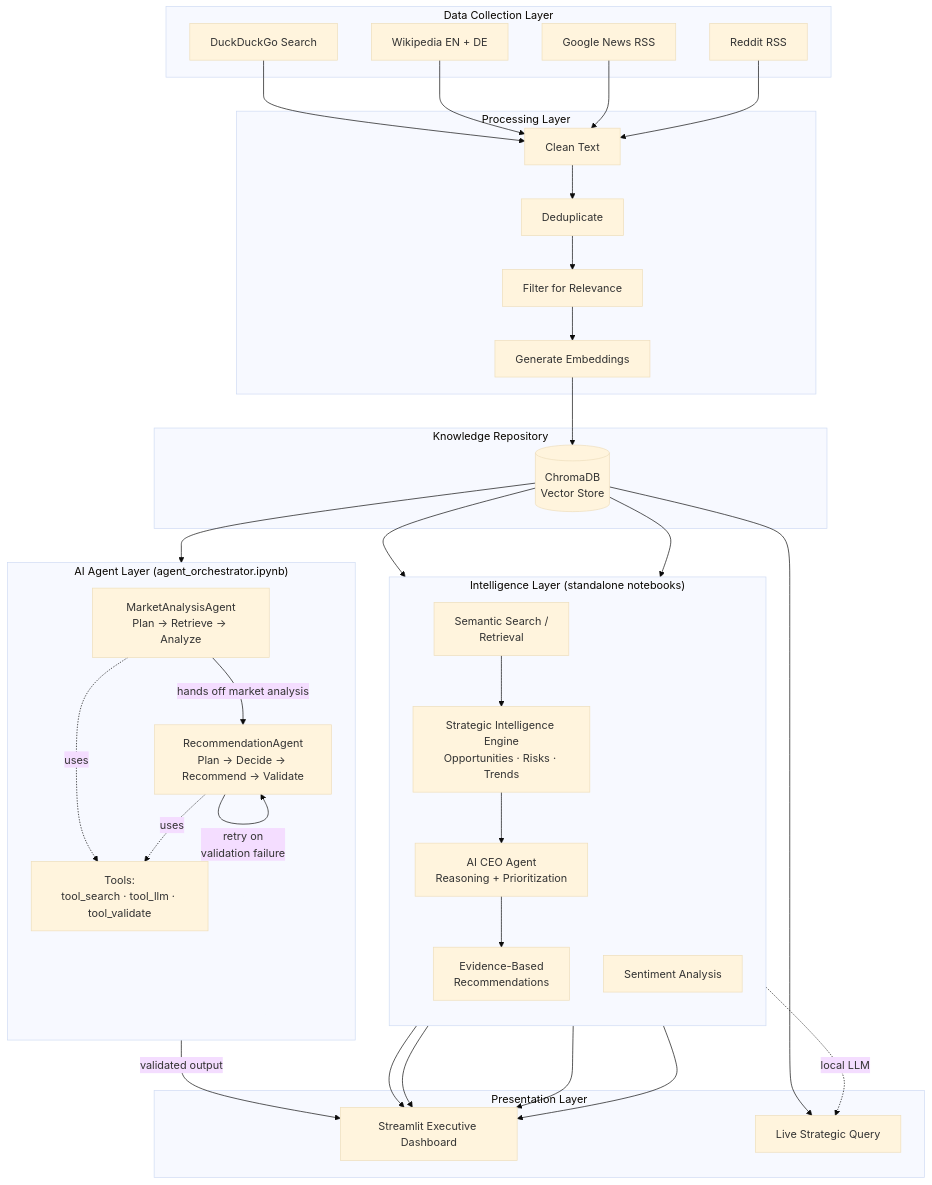
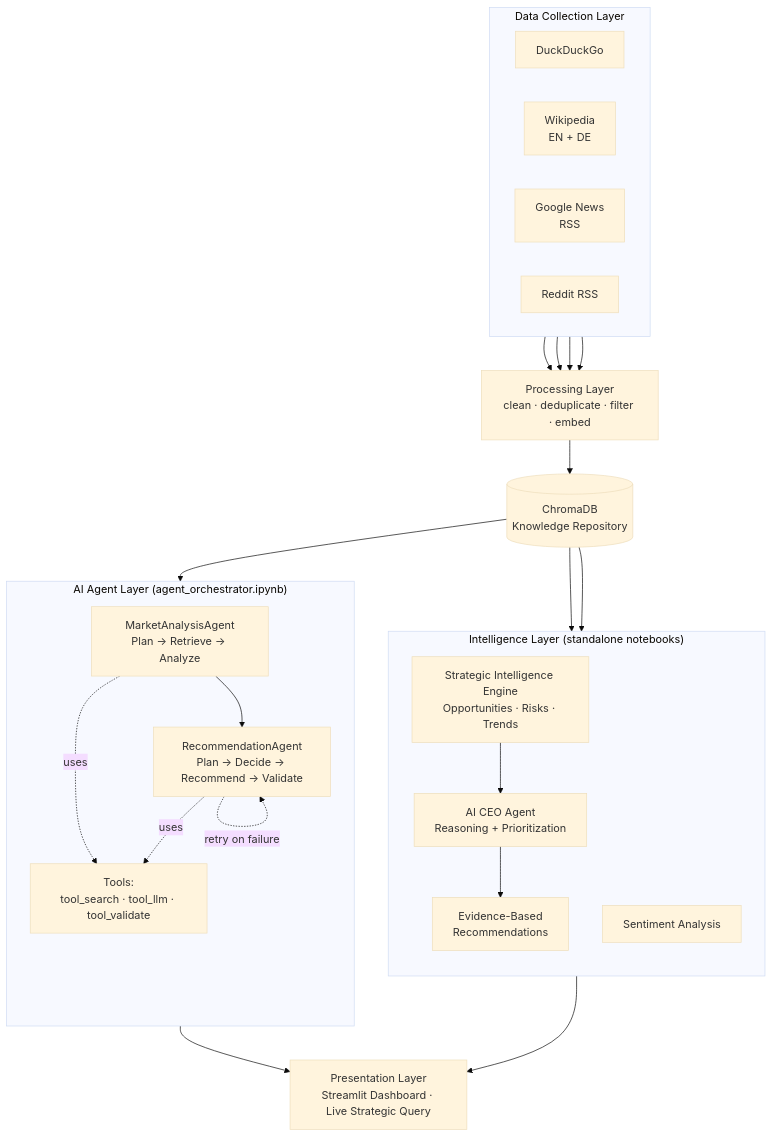
One commit to namrata1104/NLP-project changed the first of 2 diagrams in README.md. Above: the diagram before and after it, drawn with Mermaid (base theme). The commit also changed other lines of this file and 3 other files, not shown here.

Commit message:
changes in markdown cell and readme architectre

````diff
--- a/README.md
+++ b/README.md
@@ -45,55 +43,43 @@
 ```mermaid
 flowchart TB
     subgraph Collection["Data Collection Layer"]
-        A1[DuckDuckGo Search]
-        A2[Wikipedia EN + DE]
-        A3[Google News RSS]
+        direction LR
+        A1[DuckDuckGo]
+        A2[Wikipedia<br/>EN + DE]
+        A3[Google News<br/>RSS]
         A4[Reddit RSS]
     end
 
-    subgraph Processing["Processing Layer"]
-        B1[Clean Text]
-        B2[Deduplicate]
-        B3[Filter for Relevance]
-        B4[Generate Embeddings]
-    end
+    Processing["Processing Layer<br/>clean · deduplicate · filter · embed"]
 
-    subgraph Storage["Knowledge Repository"]
-        C1[(ChromaDB<br/>Vector Store)]
-    end
+    C1[(ChromaDB<br/>Knowledge Repository)]
 
     subgraph Intelligence["Intelligence Layer (standalone notebooks)"]
         direction TB
-        D1[Semantic Search /<br/>Retrieval]
         D2[Strategic Intelligence Engine<br/>Opportunities · Risks · Trends]
         D3[AI CEO Agent<br/>Reasoning + Prioritization]
         D4[Evidence-Based<br/>Recommendations]
         D5[Sentiment Analysis]
-        D1 --> D2 --> D3 --> D4
+        D2 --> D3 --> D4
     end
 
     subgraph AgentLayer["AI Agent Layer (agent_orchestrator.ipynb)"]
         direction TB
         F4[MarketAnalysisAgent<br/>Plan → Retrieve → Analyze]
         F5[RecommendationAgent<br/>Plan → Decide → Recommend → Validate]
         Tools[Tools:<br/>tool_search · tool_llm · tool_validate]
-        F4 -->|hands off market analysis| F5
+        F4 --> F5
         F4 -.uses.-> Tools
         F5 -.uses.-> Tools
-        F5 -->|retry on<br/>validation failure| F5
+        F5 -.retry on failure.-> F5
     end
 
-    subgraph Presentation["Presentation Layer"]
-        E1[Streamlit Executive Dashboard]
-        E2[Live Strategic Query]
-    end
+    Presentation["Presentation Layer<br/>Streamlit Dashboard · Live Strategic Query"]
 
-    A1 & A2 & A3 & A4 --> B1 --> B2 --> B3 --> B4 --> C1
-    C1 --> D1
+    A1 & A2 & A3 & A4 --> Processing --> C1
+    C1 --> D2
     C1 --> D5
     C1 --> F4
-    D2 & D3 & D4 & D5 --> E1
-    F5 -->|validated output| E1
-    C1 --> E2
-    D3 -.local LLM.-> E2
+    Intelligence --> Presentation
+    F5 --> Presentation
 ```
````
